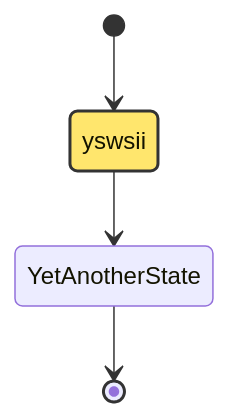
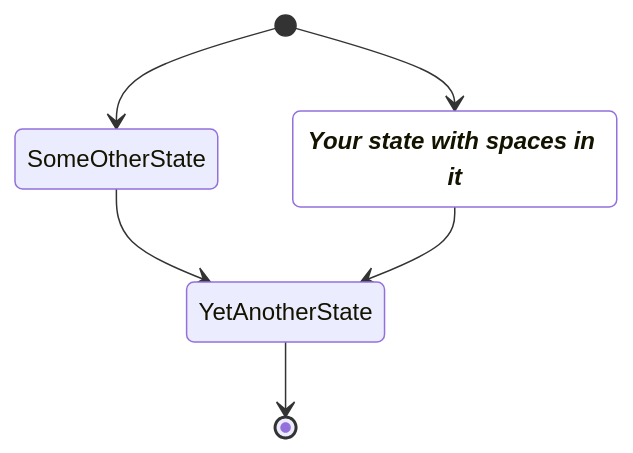
Diagram 18 of 19 in skills/mermaid/examples/state.md (teachingai/full-stack-skills), drawn with Mermaid before and after one commit. The commit also changed other lines of this file and 21 other files, not shown here.

First line of the commit message:
docs(mermaid): 更新架构、块、C4和类图示例文档

````diff
--- a/skills/mermaid/examples/state.md
+++ b/skills/mermaid/examples/state.md
@@ -182,11 +307,11 @@
 ```mermaid
-stateDiagram-v2
-    [*] --> yswsii
+stateDiagram
+    classDef yourState font-style:italic,font-weight:bold,fill:white
+
+    yswsii: Your state with spaces in it
+    [*] --> yswsii:::yourState
+    [*] --> SomeOtherState
+    SomeOtherState --> YetAnotherState
     yswsii --> YetAnotherState
-
-    state yswsii : Your state with spaces in it
     YetAnotherState --> [*]
-
-    classDef spacedState fill:#ffe66d,stroke:#333,stroke-width:2px
-    class yswsii spacedState
 ```
````
